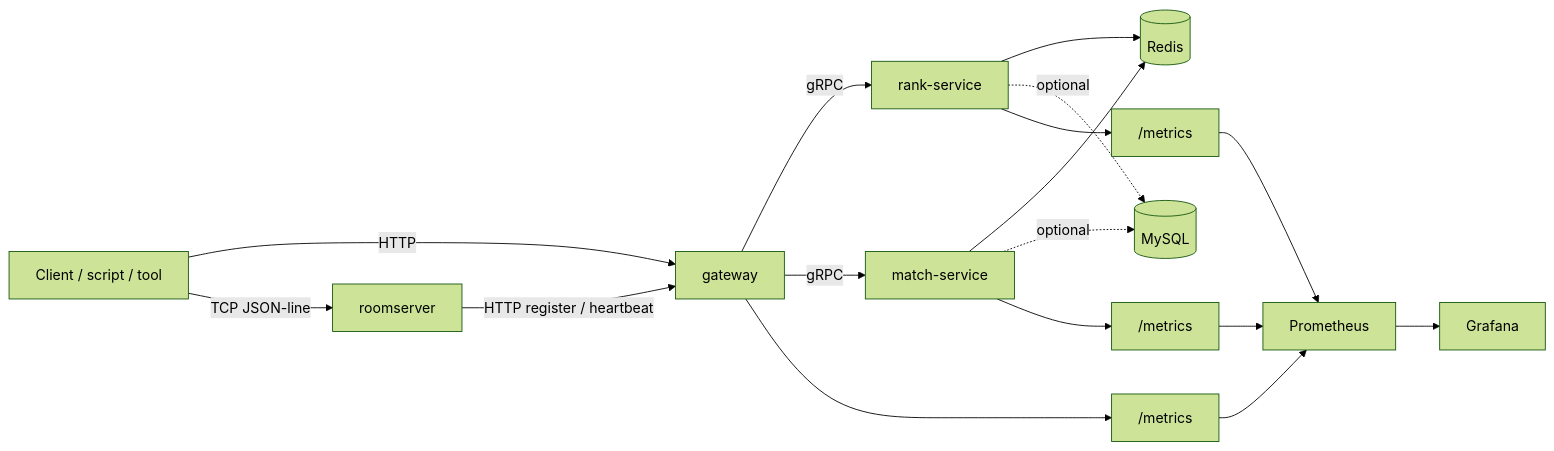
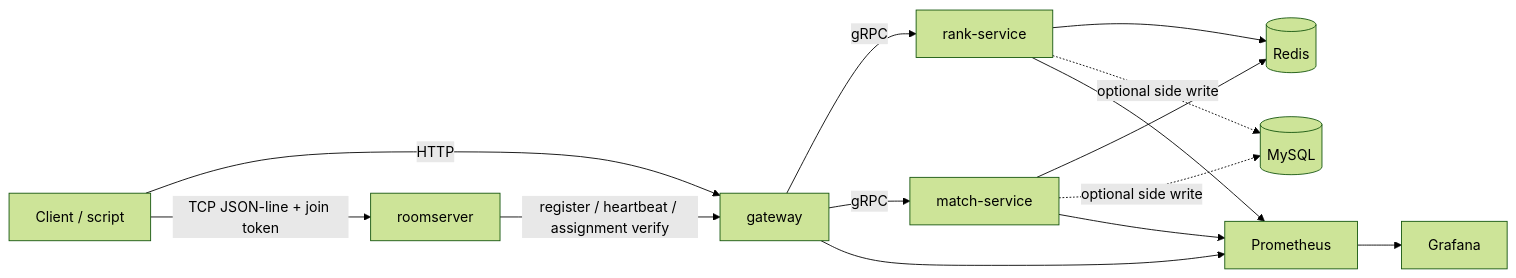
One commit to jingjie2002/CoreRank changed the diagram in README.md. Above: the diagram before and after it, drawn with Mermaid (forest theme). The commit also changed other lines of this file and 48 other files, not shown here.

````diff
--- a/README.md
+++ b/README.md
@@ -29,22 +19,16 @@
 ```mermaid
 flowchart LR
-    Client["Client / script / tool"] -->|"HTTP"| Gateway["gateway"]
-    Gateway -->|"gRPC"| Rank["rank-service"]
-    Gateway -->|"gRPC"| Match["match-service"]
-
-    Room["roomserver"] -->|"HTTP register / heartbeat"| Gateway
-    Client -->|"TCP JSON-line"| Room
-
-    Rank --> Redis[("Redis")]
+    Client["Client / script"] -->|HTTP| Gateway["gateway"]
+    Gateway -->|gRPC| Rank["rank-service"]
+    Gateway -->|gRPC| Match["match-service"]
+    Room["roomserver"] -->|register / heartbeat / assignment verify| Gateway
+    Client -->|TCP JSON-line + join token| Room
+    Rank --> Redis[(Redis)]
     Match --> Redis
-    Rank -. optional .-> MySQL[("MySQL")]
-    Match -. optional .-> MySQL
-
-    Gateway --> Metrics["/metrics"]
-    Rank --> RankMetrics["/metrics"]
-    Match --> MatchMetrics["/metrics"]
-    Metrics --> Prometheus["Prometheus"]
-    RankMetrics --> Prometheus
-    MatchMetrics --> Prometheus
-    Prometheus --> Grafana["Grafana"]
+    Rank -. optional side write .-> MySQL[(MySQL)]
+    Match -. optional side write .-> MySQL
+    Gateway --> Prometheus
+    Rank --> Prometheus
+    Match --> Prometheus
+    Prometheus --> Grafana
 ```
````
